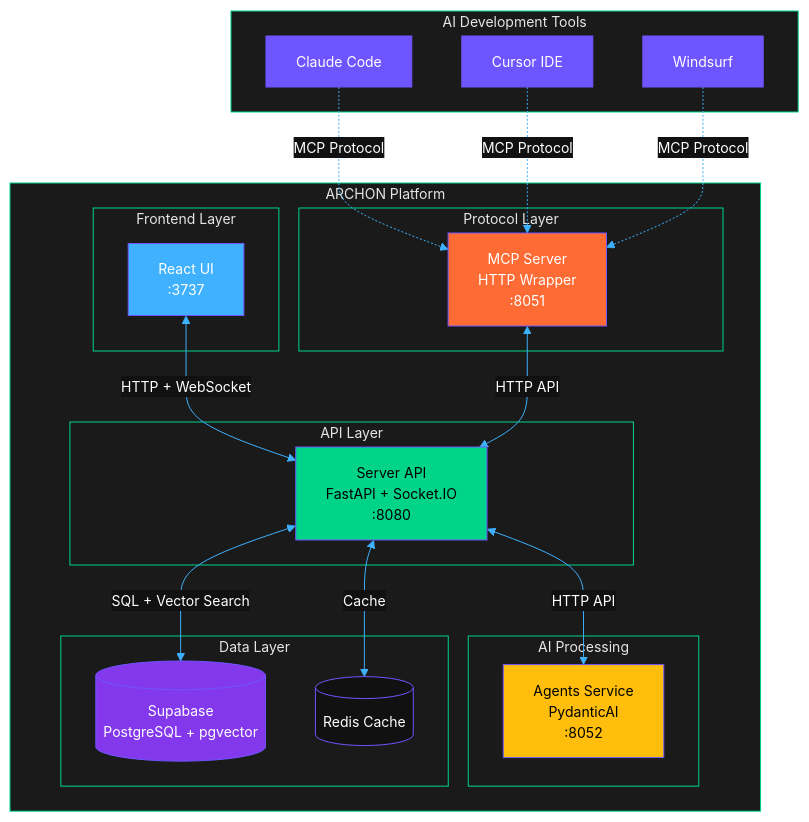
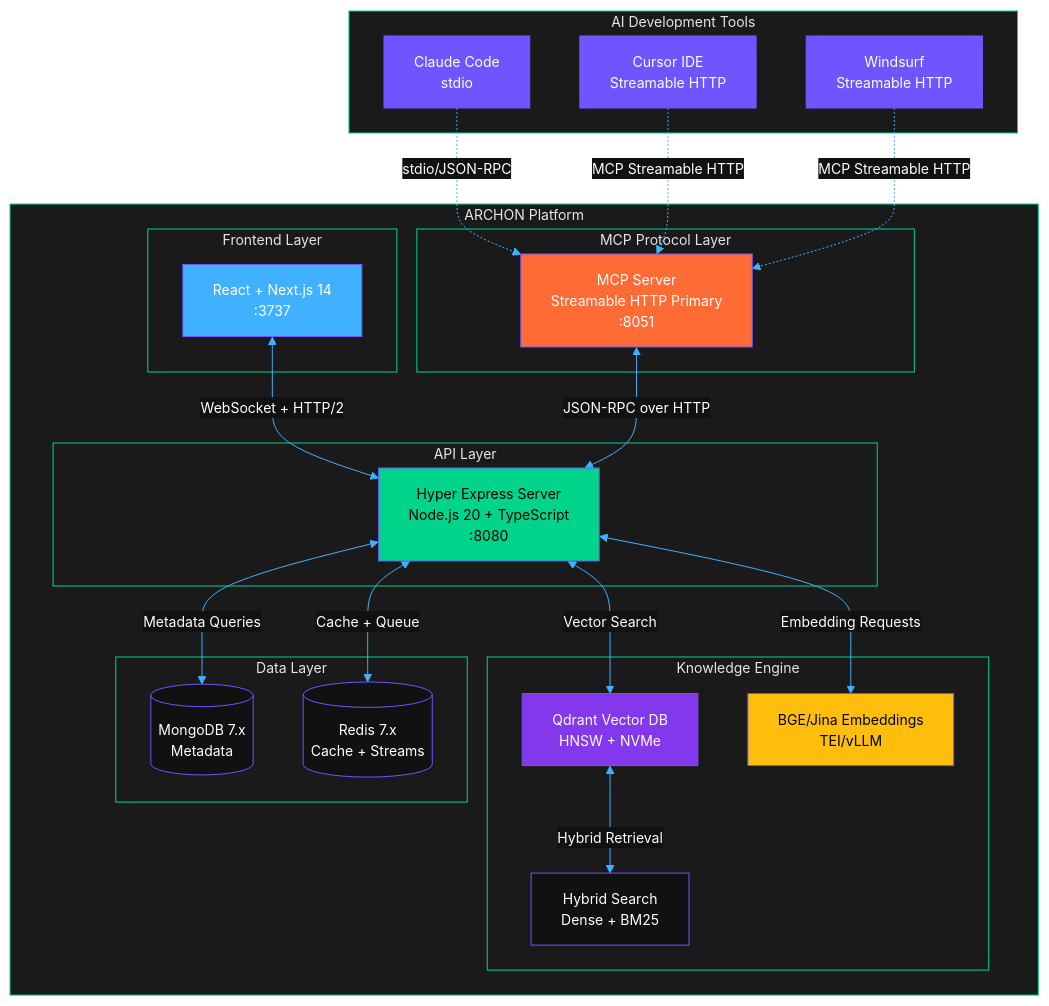
One commit to JackSmack1971/ARCHONRELOADED changed the first of 4 diagrams in README.md. Above: the diagram before and after it, drawn with Mermaid. The commit also changed other lines of this file, not shown here.

````diff
--- a/README.md
+++ b/README.md
@@ -72,69 +74,73 @@
 ```mermaid
 %%{init:{
   'theme':'base',
   'themeVariables': {
     'primaryColor':'#0a0a0a',
     'primaryTextColor':'#ffffff',
     'primaryBorderColor':'#6f55ff',
     'secondaryColor':'#111111',
     'secondaryBorderColor':'#3fb1ff',
     'tertiaryColor':'#1a1a1a',
     'tertiaryBorderColor':'#00d38a',
     'lineColor':'#3fb1ff',
     'textColor':'#ffffff',
     'fontFamily':'Inter',
     'fontSize':'14px',
     'background':'#0a0a0a',
     'mainBkg':'#111111',
     'secondBkg':'#1a1a1a'
   }
 }}%%
 flowchart TB
     subgraph "AI Development Tools"
-        A1[Claude Code]
-        A2[Cursor IDE]
-        A3[Windsurf]
+        A1[Claude Code<br/>stdio]
+        A2[Cursor IDE<br/>Streamable HTTP]
+        A3[Windsurf<br/>Streamable HTTP]
     end
     
     subgraph "ARCHON Platform"
         subgraph "Frontend Layer"
-            F[React UI<br/>:3737]
+            F[React + Next.js 14<br/>:3737]
         end
         
         subgraph "API Layer"
-            S[Server API<br/>FastAPI + Socket.IO<br/>:8080]
+            S[Hyper Express Server<br/>Node.js 20 + TypeScript<br/>:8080]
         end
         
-        subgraph "Protocol Layer"
-            M[MCP Server<br/>HTTP Wrapper<br/>:8051]
+        subgraph "MCP Protocol Layer"
+            M[MCP Server<br/>Streamable HTTP Primary<br/>:8051]
         end
         
-        subgraph "AI Processing"
-            AG[Agents Service<br/>PydanticAI<br/>:8052]
+        subgraph "Knowledge Engine"
+            V[Qdrant Vector DB<br/>HNSW + NVMe]
+            E[BGE/Jina Embeddings<br/>TEI/vLLM]
+            H[Hybrid Search<br/>Dense + BM25]
         end
         
         subgraph "Data Layer"
-            DB[(Supabase<br/>PostgreSQL + pgvector)]
-            CACHE[(Redis Cache)]
+            DB[(MongoDB 7.x<br/>Metadata)]
+            CACHE[(Redis 7.x<br/>Cache + Streams)]
         end
     end
     
-    A1 -.->|MCP Protocol| M
-    A2 -.->|MCP Protocol| M
-    A3 -.->|MCP Protocol| M
+    A1 -.->|stdio/JSON-RPC| M
+    A2 -.->|MCP Streamable HTTP| M
+    A3 -.->|MCP Streamable HTTP| M
     
-    F <-->|HTTP + WebSocket| S
-    M <-->|HTTP API| S
-    S <-->|HTTP API| AG
-    S <-->|SQL + Vector Search| DB
-    S <-->|Cache| CACHE
+    F <-->|WebSocket + HTTP/2| S
+    M <-->|JSON-RPC over HTTP| S
+    S <-->|Vector Search| V
+    S <-->|Embedding Requests| E
+    V <-->|Hybrid Retrieval| H
+    S <-->|Metadata Queries| DB
+    S <-->|Cache + Queue| CACHE
     
     style A1 fill:#6f55ff,color:#fff
     style A2 fill:#6f55ff,color:#fff
     style A3 fill:#6f55ff,color:#fff
     style F fill:#3fb1ff,color:#fff
     style S fill:#00d38a,color:#000
     style M fill:#ff6b35,color:#fff
-    style AG fill:#ffbe0b,color:#000
-    style DB fill:#8338ec,color:#fff
+    style V fill:#8338ec,color:#fff
+    style E fill:#ffbe0b,color:#000
 ```
````
